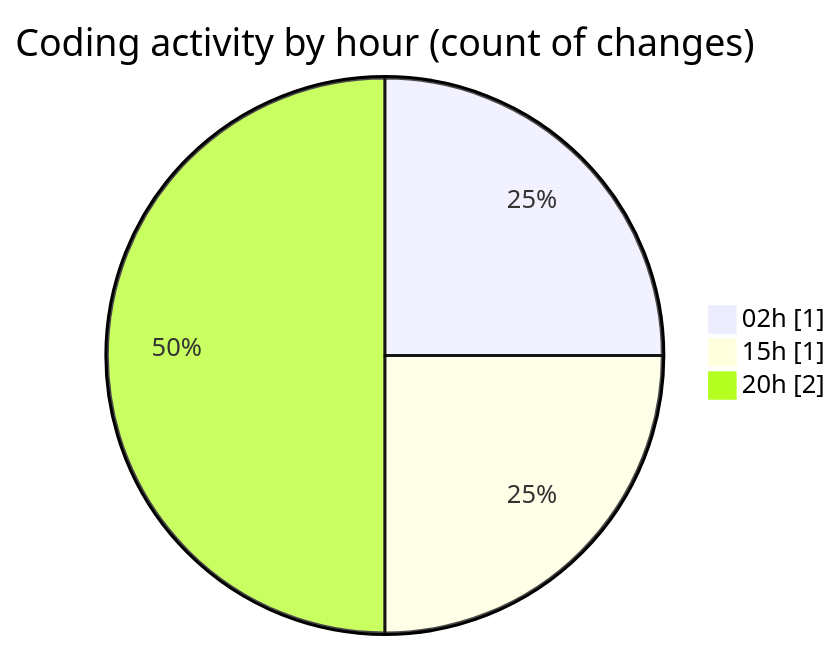
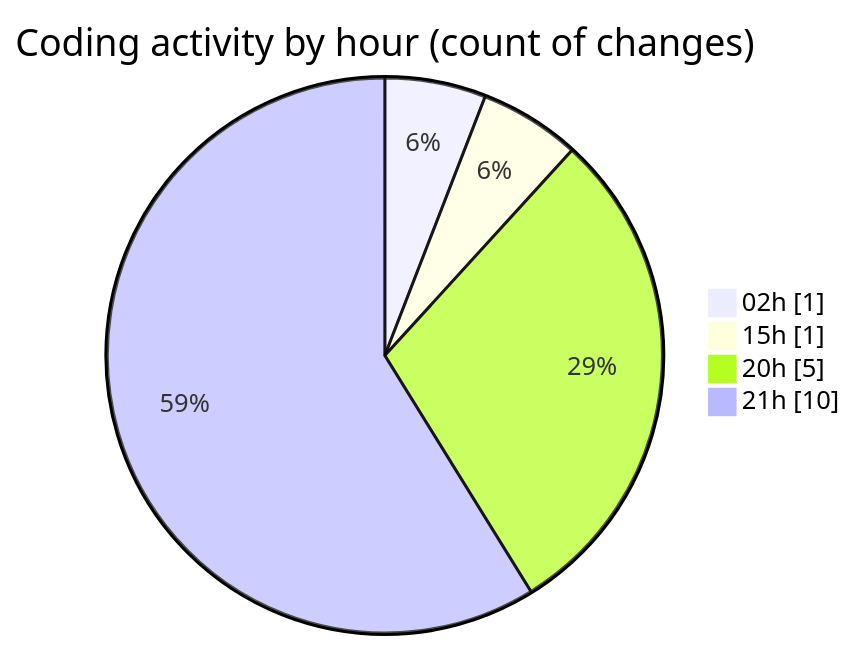
The second of 2 diagrams in 2025-09-05/erp-alpha/README.md (FelipKnott/code-tracking), drawn with Mermaid before and after one commit. The commit also changed other lines of this file and 1 other file, not shown here.

````diff
--- a/2025-09-05/erp-alpha/README.md
+++ b/2025-09-05/erp-alpha/README.md
@@ -31,7 +40,8 @@
 ```mermaid
 pie showData
 title Coding activity by hour (count of changes)
 "02h" : 1
 "15h" : 1
-"20h" : 2
+"20h" : 5
+"21h" : 10
 ```
````
